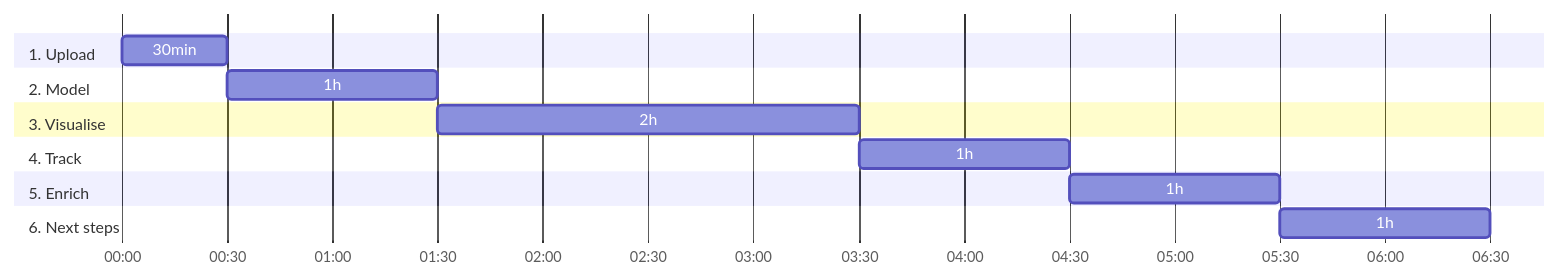
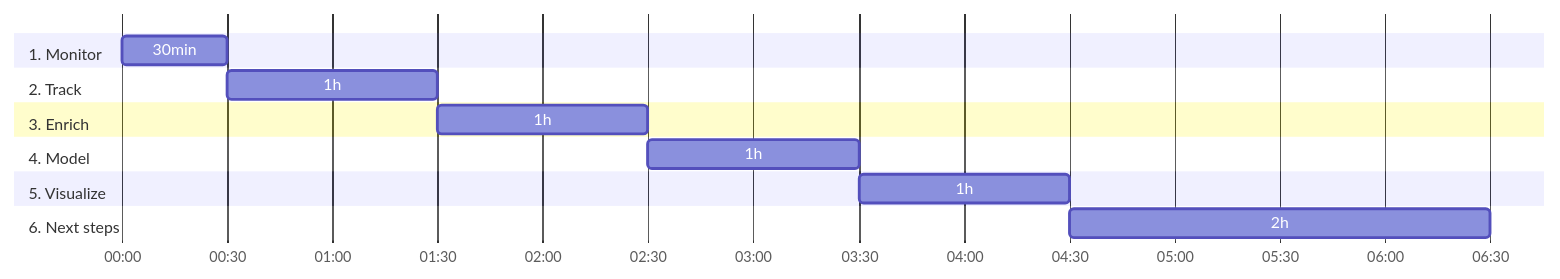
The diagram in content/_index.md (snowplow-incubator/snowplow-core-web-vitals-accelerator), drawn with Mermaid before and after one commit. The commit also changed other lines of this file and 20 other files, not shown here.

```diff
--- a/content/_index.md
+++ b/content/_index.md
@@ -46,18 +46,18 @@
 {{<mermaid>}}
 gantt
 dateFormat HH-mm
 axisFormat %H:%M
-section 1. Upload
-30min :upload, 00-00, 30m
-section 2. Model
-1h :model, after upload, 1h
-section 3. Visualise
-2h :visualise, after model, 2h
-section 4. Track
-1h :track, after visualise, 1h
-section 5. Enrich
+section 1. Monitor
+30min :monitor, 00-00, 30m
+section 2. Track
+1h :track, after monitor, 1h
+section 3. Enrich
 1h :enrich, after track, 1h
+section 4. Model
+1h :model, after enrich, 1h
+section 5. Visualize
+1h :visualize, after model, 1h
 section 6. Next steps
-1h :next steps, after enrich, 1h
+2h :next steps, after visualize, 2h
 
 {{</mermaid >}}
```
